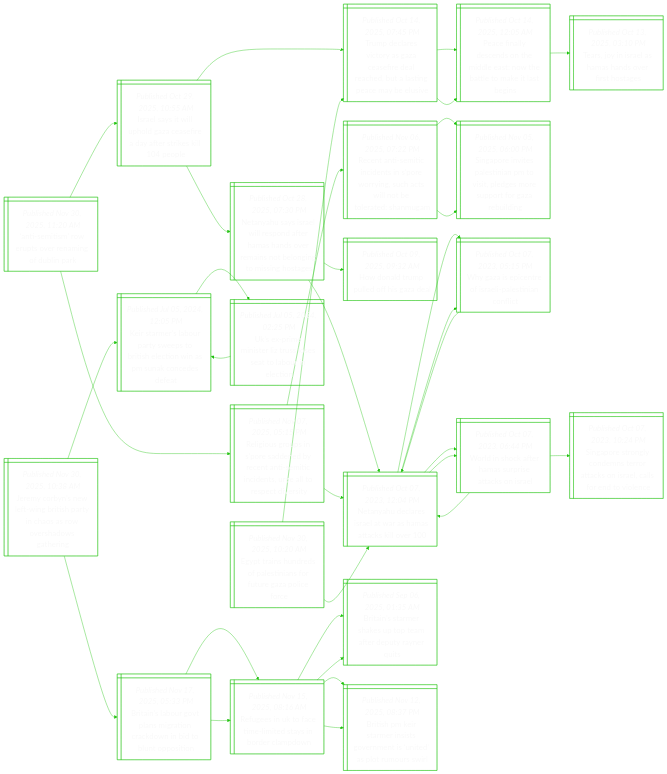
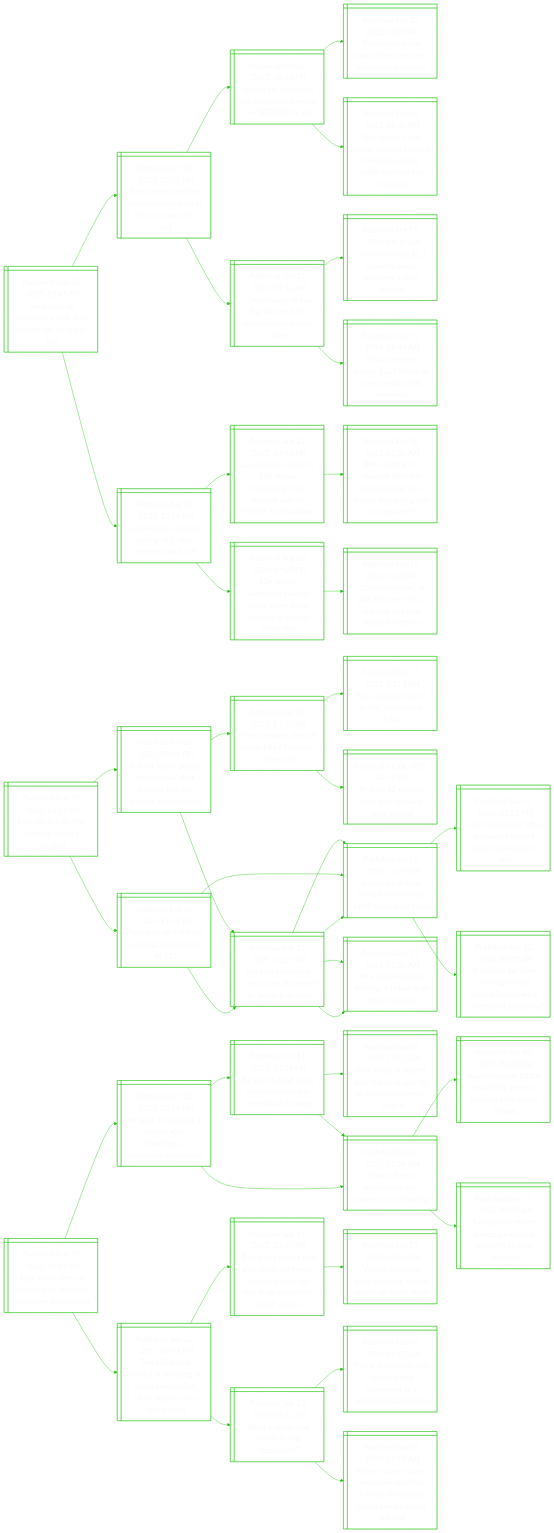
Before and after one commit to notJmes/notJmes: the diagram in README.md, drawn with Mermaid. The commit also changed other lines of this file, not shown here.

````diff
--- a/README.md
+++ b/README.md
@@ -16,112 +16,133 @@
 flowchart LR
 classDef txtsize font-size:20px;
 
-AesesriDn@{ shape: win-pane, label: "_Published Nov 30, 2025, 11:20 AM_
-‘anti-semitism’ row erupts over renaming of dublin park" }
-Ilillaeaftspe@{ shape: win-pane, label: "_Published Oct 29, 2025, 10:55 AM_
-Israel says it will uphold gaza ceasefire a day after strikes kill 104 people" }
-Tdrcaaededlncbs@{ shape: win-pane, label: "_Published Oct 14, 2025, 07:45 PM_
-Trump declares victory as gaza ceasefire deal reached, but a lasting peace may be elusive" }
-PflcoMeNelale@{ shape: win-pane, label: "_Published Oct 14, 2025, 12:05 AM_
-Peace finally descends on the middle east: now the battle to make it last begins" }
-NyarisaHhoeseimnt@{ shape: win-pane, label: "_Published Oct 28, 2025, 07:30 PM_
-Netanyahu says israel will respond after hamas hands over remains not belonging to missing hostages" }
-NyeeawHakl@{ shape: win-pane, label: "_Published Oct 07, 2023, 12:04 PM_
-Netanyahu declares israel at war as hamas attacks kill over 100" }
-Hnruosd@{ shape: win-pane, label: "_Published Oct 09, 2025, 09:32 AM_
-How donald trump pulled off his gaza deal" }
-Ririrdbetinngtpii@{ shape: win-pane, label: "_Published Nov 07, 2025, 05:15 PM_
-Religious groups in s’pore saddened by recent anti-semitic incidents, urge all to respect diversity" }
-RtSiisorgaitlenm@{ shape: win-pane, label: "_Published Nov 06, 2025, 07:22 PM_
-Recent anti-semitic incidents in s’pore worrying, such acts will not be tolerated: shanmugam" }
-Spnssaotgrpoaig@{ shape: win-pane, label: "_Published Nov 05, 2025, 06:00 PM_
-Singapore invites palestinian pm to visit, pledges more support for gaza rebuilding" }
-Spnssaotgrpoaig@{ shape: win-pane, label: "_Published Nov 05, 2025, 06:00 PM_
-Singapore invites palestinian pm to visit, pledges more support for gaza rebuilding" }
-NyeeawHakl@{ shape: win-pane, label: "_Published Oct 07, 2023, 12:04 PM_
-Netanyahu declares israel at war as hamas attacks kill over 100" }
-WzptIleint@{ shape: win-pane, label: "_Published Oct 07, 2023, 05:15 PM_
-Why gaza is epicentre of israeli-palestinian conflict" }
-Wiceapaks@{ shape: win-pane, label: "_Published Oct 07, 2023, 06:44 PM_
-World in shock after hamas surprise attacks on israel" }
+Svnuycctfpc@{ shape: win-pane, label: "_Published Nov 30, 2025, 03:45 PM_
+Swiss vote on compulsory civic duty, climate tax for super-rich" }
+Svslepsxsro@{ shape: win-pane, label: "_Published Oct 15, 2025, 05:35 PM_
+Swiss voters likely to reject proposed tax of 50% on super rich: poll" }
+Fhawnlnve@{ shape: win-pane, label: "_Published Oct 04, 2025, 08:46 PM_
+French pm plans new tax on people earning over $380,000 a year" }
+FePeiiirte@{ shape: win-pane, label: "_Published Sep 10, 2025, 09:07 PM_
+France’s new pm takes office amid anti-government protests" }
+Waninrentpcduts@{ shape: win-pane, label: "_Published Sep 14, 2025, 08:50 PM_
+Why france’s new prime minister backed down on cutting public holidays but little else" }
+Cmtttcoevei@{ shape: win-pane, label: "_Published Oct 15, 2024, 09:16 AM_
+China moves to tax the ultra-rich for overseas investment gains" }
+CmiinooCnr@{ shape: win-pane, label: "_Published Oct 15, 2024, 08:32 AM_
+China may raise $1.1 trillion to boost economy, caixin reports" }
+Citxboemted@{ shape: win-pane, label: "_Published Oct 11, 2024, 08:48 AM_
+China investors expect $369 billion of new stimulus this weekend" }
+Sedijndmto@{ shape: win-pane, label: "_Published Aug 19, 2025, 10:26 PM_
+Switzerland considers joining uk’s ‘dirty money’ task force" }
+Lysemlecaooioui@{ shape: win-pane, label: "_Published Aug 12, 2025, 04:44 PM_
+Luxury items seized in $3b money laundering case handed over to deloitte for liquidation" }
+Wehdrinaiydgige@{ shape: win-pane, label: "_Published Aug 18, 2023, 05:00 AM_
+Who are the 10 charged after the billion-dollar anti-money laundering raid in singapore?" }
+bydgSjnaiorin@{ shape: win-pane, label: "_Published Aug 06, 2025, 07:35 PM_
+$3b money laundering case: su haijin, wang dehai stripped of cypriot citizenship" }
+GnpPfeaenenr@{ shape: win-pane, label: "_Published Aug 18, 2023, 08:30 PM_
+‘golden passport’: a plan b for the rich, a rear exit and safe haven for crooks" }
 
-AesesriDn:::txtsize --> Ilillaeaftspe:::txtsize
-Ilillaeaftspe:::txtsize --> Tdrcaaededlncbs:::txtsize
-Tdrcaaededlncbs:::txtsize --> PflcoMeNelale:::txtsize
-Ilillaeaftspe:::txtsize --> NyarisaHhoeseimnt:::txtsize
-NyarisaHhoeseimnt:::txtsize --> NyeeawHakl:::txtsize
-NyarisaHhoeseimnt:::txtsize --> Hnruosd:::txtsize
-AesesriDn:::txtsize --> Ririrdbetinngtpii:::txtsize
-Ririrdbetinngtpii:::txtsize --> RtSiisorgaitlenm:::txtsize
-RtSiisorgaitlenm:::txtsize --> Spnssaotgrpoaig:::txtsize
-RtSiisorgaitlenm:::txtsize --> Spnssaotgrpoaig:::txtsize
-Ririrdbetinngtpii:::txtsize --> NyeeawHakl:::txtsize
-NyeeawHakl:::txtsize --> WzptIleint:::txtsize
-NyeeawHakl:::txtsize --> Wiceapaks:::txtsize
+Svnuycctfpc:::txtsize --> Svslepsxsro:::txtsize
+Svslepsxsro:::txtsize --> Fhawnlnve:::txtsize
+Fhawnlnve:::txtsize --> FePeiiirte:::txtsize
+Fhawnlnve:::txtsize --> Waninrentpcduts:::txtsize
+Svslepsxsro:::txtsize --> Cmtttcoevei:::txtsize
+Cmtttcoevei:::txtsize --> CmiinooCnr:::txtsize
+Cmtttcoevei:::txtsize --> Citxboemted:::txtsize
+Svnuycctfpc:::txtsize --> Sedijndmto:::txtsize
+Sedijndmto:::txtsize --> Lysemlecaooioui:::txtsize
+Lysemlecaooioui:::txtsize --> Wehdrinaiydgige:::txtsize
+Sedijndmto:::txtsize --> bydgSjnaiorin:::txtsize
+bydgSjnaiorin:::txtsize --> GnpPfeaenenr:::txtsize
 
-Jyywwrhyaredai@{ shape: win-pane, label: "_Published Nov 30, 2025, 10:38 AM_
-Jeremy corbyn’s new left-wing british party in chaos as row overshadows gathering" }
-Ktroreoiensnnsa@{ shape: win-pane, label: "_Published Jul 05, 2024, 12:05 PM_
-Keir starmer’s labour party sweeps to british election win as pm sunak concedes defeat" }
-Upmtzsstoei@{ shape: win-pane, label: "_Published Jul 05, 2024, 02:25 PM_
-Uk’s ex-prime minister liz truss loses seat to labour in election" }
-Ktroreoiensnnsa@{ shape: win-pane, label: "_Published Jul 05, 2024, 12:05 PM_
-Keir starmer’s labour party sweeps to british election win as pm sunak concedes defeat" }
-Biboagocndupi@{ shape: win-pane, label: "_Published Nov 17, 2025, 05:33 PM_
-Britain’s labour govt plans migration crackdown in bid to blunt opposition" }
-ReUamitnemn@{ shape: win-pane, label: "_Published Nov 15, 2025, 08:16 AM_
-Refugees in uk to face time-limited stays in border clampdown" }
-Biasspadyet@{ shape: win-pane, label: "_Published Sep 06, 2025, 01:35 AM_
-Britain’s starmer shakes up top team after deputy rayner quits" }
-Bseaitennatui@{ shape: win-pane, label: "_Published Nov 12, 2025, 08:37 PM_
-British pm keir starmer insists government is ‘united’ as plot rumours swirl" }
-ReUamitnemn@{ shape: win-pane, label: "_Published Nov 15, 2025, 08:16 AM_
-Refugees in uk to face time-limited stays in border clampdown" }
-Biasspadyet@{ shape: win-pane, label: "_Published Sep 06, 2025, 01:35 AM_
-Britain’s starmer shakes up top team after deputy rayner quits" }
-Bseaitennatui@{ shape: win-pane, label: "_Published Nov 12, 2025, 08:37 PM_
-British pm keir starmer insists government is ‘united’ as plot rumours swirl" }
+Firtiglc@{ shape: win-pane, label: "_Published Nov 30, 2025, 03:15 PM_
+Four die in iran after drinking bootleg alcohol" }
+Asepesfrntllsa@{ shape: win-pane, label: "_Published Sep 26, 2025, 05:02 PM_
+At least seven people die in russia after drinking bootleg alcohol, ministry says" }
+Cmeeukpee@{ shape: win-pane, label: "_Published Jun 07, 2023, 05:05 AM_
+Contaminated cider in russia kills 29 people, sickens 61" }
+Taolriah@{ shape: win-pane, label: "_Published Dec 17, 2022, 03:15 PM_
+Toxic alcohol kills 37 in 'dry' indian state bihar" }
+Asddtigch@{ shape: win-pane, label: "_Published Jul 28, 2022, 02:57 PM_
+At least 42 dead in india after drinking toxic alcohol" }
+Jwsneetdoao@{ shape: win-pane, label: "_Published Feb 21, 2025, 03:29 PM_
+‘just two glasses’: in turkey, lives shattered by bootleg alcohol" }
+Iblmtcrtdu@{ shape: win-pane, label: "_Published Jan 15, 2025, 11:15 PM_
+Istanbul toll from tainted alcohol rises to 19 dead in 48 hours" }
+Wgeyksiagn@{ shape: win-pane, label: "_Published Dec 31, 2024, 11:00 AM_
+Why high-intensity drinking is riskier than binge drinking" }
+Tyhfoghs@{ shape: win-pane, label: "_Published Feb 26, 2025, 11:38 PM_
+Turkey death toll from bootleg alcohol rises to 152" }
+Iblmtcrtdu@{ shape: win-pane, label: "_Published Jan 15, 2025, 11:15 PM_
+Istanbul toll from tainted alcohol rises to 19 dead in 48 hours" }
+Fotascadhina@{ shape: win-pane, label: "_Published Nov 21, 2024, 01:23 PM_
+Four tourists die after suspected tainted alcohol poisoning in laos" }
+tsediiaoaaeosg@{ shape: win-pane, label: "_Published Nov 22, 2024, 06:40 AM_
+6 tourists die from drinking tainted alcohol in laos: what is methanol poisoning?" }
+Jwsneetdoao@{ shape: win-pane, label: "_Published Feb 21, 2025, 03:29 PM_
+‘just two glasses’: in turkey, lives shattered by bootleg alcohol" }
+Iblmtcrtdu@{ shape: win-pane, label: "_Published Jan 15, 2025, 11:15 PM_
+Istanbul toll from tainted alcohol rises to 19 dead in 48 hours" }
+Wgeyksiagn@{ shape: win-pane, label: "_Published Dec 31, 2024, 11:00 AM_
+Why high-intensity drinking is riskier than binge drinking" }
 
-Jyywwrhyaredai:::txtsize --> Ktroreoiensnnsa:::txtsize
-Ktroreoiensnnsa:::txtsize --> Upmtzsstoei:::txtsize
-Upmtzsstoei:::txtsize --> Ktroreoiensnnsa:::txtsize
-Jyywwrhyaredai:::txtsize --> Biboagocndupi:::txtsize
-Biboagocndupi:::txtsize --> ReUamitnemn:::txtsize
-ReUamitnemn:::txtsize --> Biasspadyet:::txtsize
-ReUamitnemn:::txtsize --> Bseaitennatui:::txtsize
-Biboagocndupi:::txtsize --> ReUamitnemn:::txtsize
-ReUamitnemn:::txtsize --> Biasspadyet:::txtsize
-ReUamitnemn:::txtsize --> Bseaitennatui:::txtsize
+Firtiglc:::txtsize --> Asepesfrntllsa:::txtsize
+Asepesfrntllsa:::txtsize --> Cmeeukpee:::txtsize
+Cmeeukpee:::txtsize --> Taolriah:::txtsize
+Cmeeukpee:::txtsize --> Asddtigch:::txtsize
+Asepesfrntllsa:::txtsize --> Jwsneetdoao:::txtsize
+Jwsneetdoao:::txtsize --> Iblmtcrtdu:::txtsize
+Jwsneetdoao:::txtsize --> Wgeyksiagn:::txtsize
+Firtiglc:::txtsize --> Tyhfoghs:::txtsize
+Tyhfoghs:::txtsize --> Iblmtcrtdu:::txtsize
+Iblmtcrtdu:::txtsize --> Fotascadhina:::txtsize
+Iblmtcrtdu:::txtsize --> tsediiaoaaeosg:::txtsize
+Tyhfoghs:::txtsize --> Jwsneetdoao:::txtsize
+Jwsneetdoao:::txtsize --> Iblmtcrtdu:::txtsize
+Jwsneetdoao:::txtsize --> Wgeyksiagn:::txtsize
 
-Etsrfsarracc@{ shape: win-pane, label: "_Published Nov 30, 2025, 10:20 AM_
-Egypt trains hundreds of palestinians for future gaza police force" }
-NyeeawHakl@{ shape: win-pane, label: "_Published Oct 07, 2023, 12:04 PM_
-Netanyahu declares israel at war as hamas attacks kill over 100" }
-WzptIleint@{ shape: win-pane, label: "_Published Oct 07, 2023, 05:15 PM_
-Why gaza is epicentre of israeli-palestinian conflict" }
-NyeeawHakl@{ shape: win-pane, label: "_Published Oct 07, 2023, 12:04 PM_
-Netanyahu declares israel at war as hamas attacks kill over 100" }
-Wiceapaks@{ shape: win-pane, label: "_Published Oct 07, 2023, 06:44 PM_
-World in shock after hamas surprise attacks on israel" }
-NyeeawHakl@{ shape: win-pane, label: "_Published Oct 07, 2023, 12:04 PM_
-Netanyahu declares israel at war as hamas attacks kill over 100" }
-SptldtrcIlsnic@{ shape: win-pane, label: "_Published Oct 07, 2023, 10:24 PM_
-Singapore strongly condemns terror attacks on israel, calls for end to violence" }
-Tdrcaaededlncbs@{ shape: win-pane, label: "_Published Oct 14, 2025, 07:45 PM_
-Trump declares victory as gaza ceasefire deal reached, but a lasting peace may be elusive" }
-PflcoMeNelale@{ shape: win-pane, label: "_Published Oct 14, 2025, 12:05 AM_
-Peace finally descends on the middle east: now the battle to make it last begins" }
-TjIlmnest@{ shape: win-pane, label: "_Published Oct 13, 2025, 03:10 PM_
-Tears, joy in israel as hamas hands over first hostages" }
+Fetohfyeiii@{ shape: win-pane, label: "_Published Nov 30, 2025, 01:19 PM_
+Four dead after 14 people shot at family gathering in california" }
+Asdndrtaspii@{ shape: win-pane, label: "_Published Oct 12, 2025, 05:58 PM_
+At least 1 dead and 3 injured after shootings at mississippi universities" }
+Asddweissi@{ shape: win-pane, label: "_Published Oct 11, 2025, 11:16 PM_
+At least 4 dead and a dozen wounded in mississippi shooting" }
+Fiieeoariamu@{ shape: win-pane, label: "_Published Sep 29, 2025, 12:52 AM_
+Four killed, 8 injured after shooting and fire at michigan mormon church" }
+Odweadaog@{ shape: win-pane, label: "_Published Oct 06, 2025, 07:20 AM_
+Over a dozen wounded in rare sydney mass shooting" }
+Odweadaog@{ shape: win-pane, label: "_Published Oct 06, 2025, 07:20 AM_
+Over a dozen wounded in rare sydney mass shooting" }
+Aaordromtlig@{ shape: win-pane, label: "_Published Sep 06, 2025, 08:50 AM_
+Australia posts $840k reward for arrest of gunman after police killings" }
+Tlfrnkdntrsi@{ shape: win-pane, label: "_Published Dec 13, 2022, 06:10 AM_
+Two police officers among six killed in gunfight in rural australia" }
+Tlnunttaiifutfd@{ shape: win-pane, label: "_Published Sep 24, 2025, 09:02 PM_
+Two killed, one injured in shooting at dallas immigration office; suspect also found dead" }
+TahesegnipdoUstt@{ shape: win-pane, label: "_Published Sep 11, 2025, 03:07 AM_
+Trump ally charlie kirk shot dead; right-wing activist played key role in us president’s 2024 victory" }
+VsaKsirayce@{ shape: win-pane, label: "_Published Sep 11, 2025, 08:59 AM_
+Videos of charlie kirk’s shooting spread rapidly on social media" }
+WsfwTttt@{ shape: win-pane, label: "_Published Sep 23, 2025, 06:21 AM_
+What is antifa and why is trump targeting it?" }
+Tdnaatfearsat@{ shape: win-pane, label: "_Published Sep 18, 2025, 08:52 AM_
+Trump designates anti-fascist antifa movement as a terrorist organisation" }
+WHrecerlalaerswn@{ shape: win-pane, label: "_Published Sep 18, 2025, 05:55 AM_
+White house readies executive order on political violence as liberal groups sound warning" }
 
-Etsrfsarracc:::txtsize --> NyeeawHakl:::txtsize
-NyeeawHakl:::txtsize --> WzptIleint:::txtsize
-WzptIleint:::txtsize --> NyeeawHakl:::txtsize
-NyeeawHakl:::txtsize --> Wiceapaks:::txtsize
-Wiceapaks:::txtsize --> NyeeawHakl:::txtsize
-Wiceapaks:::txtsize --> SptldtrcIlsnic:::txtsize
-Etsrfsarracc:::txtsize --> Tdrcaaededlncbs:::txtsize
-Tdrcaaededlncbs:::txtsize --> PflcoMeNelale:::txtsize
-PflcoMeNelale:::txtsize --> TjIlmnest:::txtsize
+Fetohfyeiii:::txtsize --> Asdndrtaspii:::txtsize
+Asdndrtaspii:::txtsize --> Asddweissi:::txtsize
+Asddweissi:::txtsize --> Fiieeoariamu:::txtsize
+Asddweissi:::txtsize --> Odweadaog:::txtsize
+Asdndrtaspii:::txtsize --> Odweadaog:::txtsize
+Odweadaog:::txtsize --> Aaordromtlig:::txtsize
+Odweadaog:::txtsize --> Tlfrnkdntrsi:::txtsize
+Fetohfyeiii:::txtsize --> Tlnunttaiifutfd:::txtsize
+Tlnunttaiifutfd:::txtsize --> TahesegnipdoUstt:::txtsize
+TahesegnipdoUstt:::txtsize --> VsaKsirayce:::txtsize
+Tlnunttaiifutfd:::txtsize --> WsfwTttt:::txtsize
+WsfwTttt:::txtsize --> Tdnaatfearsat:::txtsize
+WsfwTttt:::txtsize --> WHrecerlalaerswn:::txtsize
 
 ```
````
